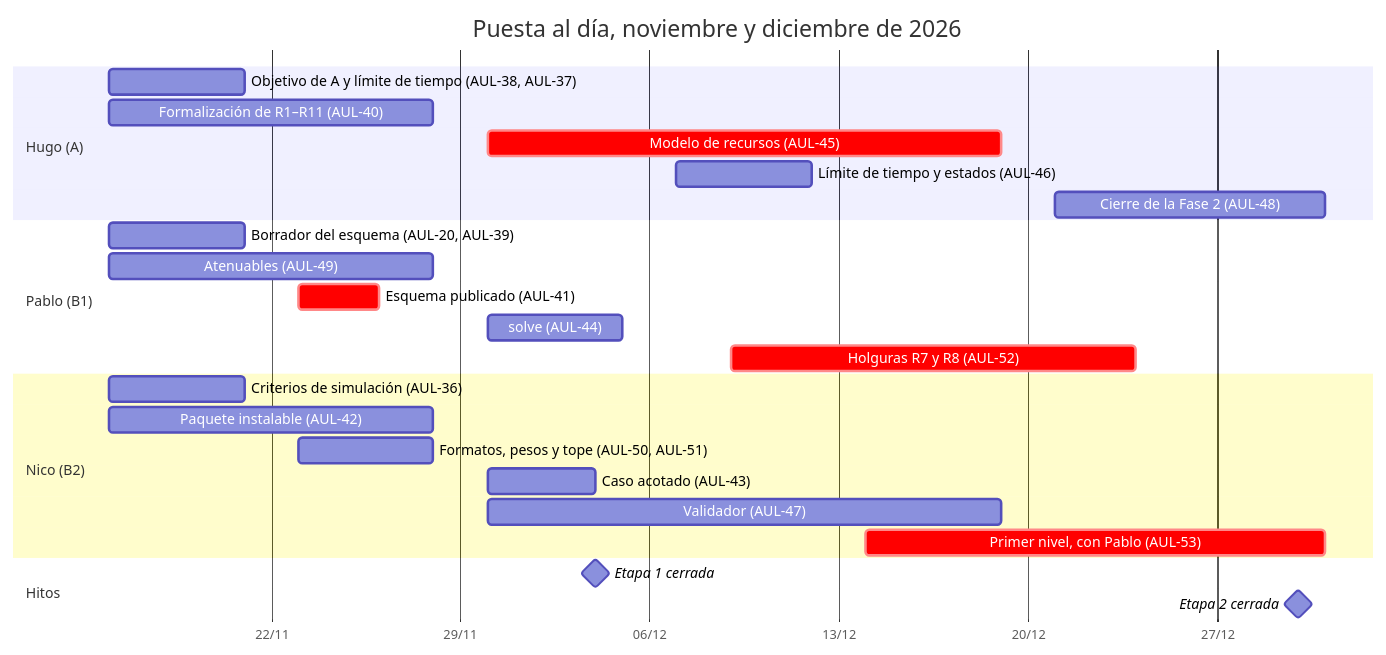
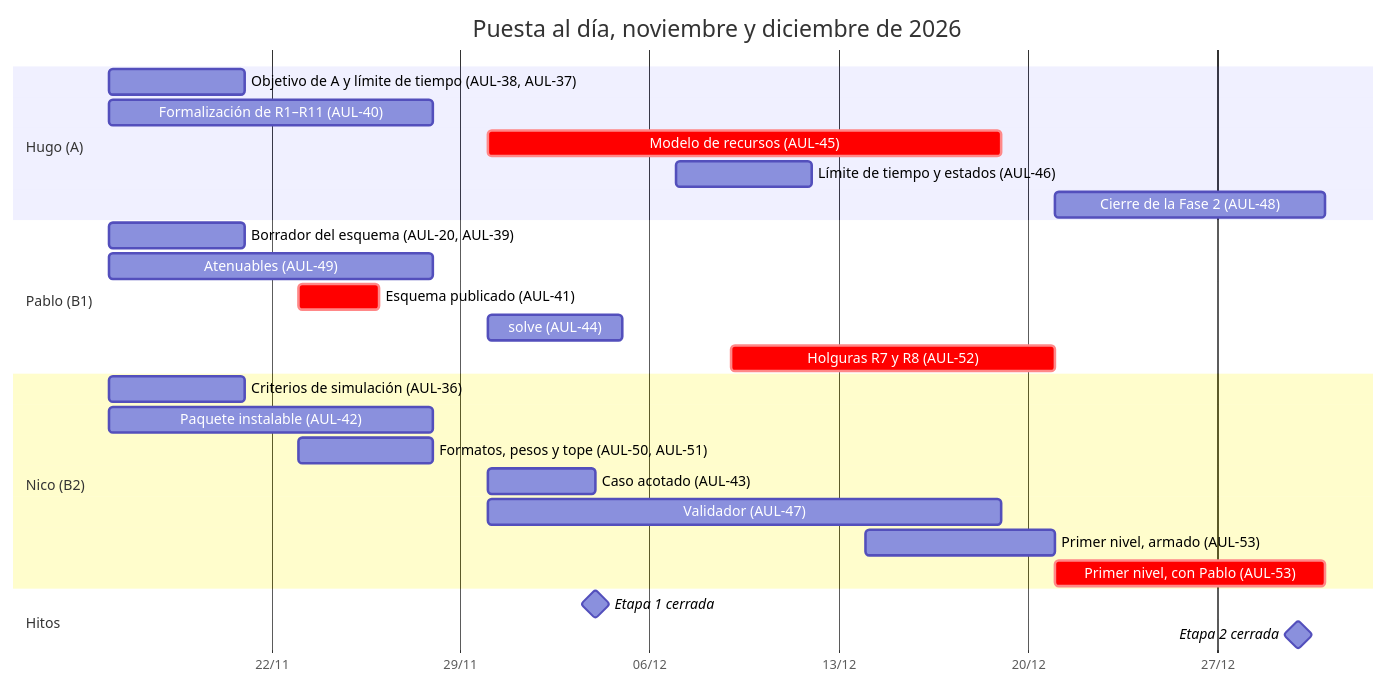
One commit to PabloESanabriaQ/proyecto-final changed the diagram in docs/plan-de-puesta-al-dia.md. Above: the diagram before and after it, drawn with Mermaid. The commit also changed other lines of this file, not shown here.

Commit message:
AUL-54: AUL-53 se parte en armado e integración para respetar que AUL-52 la bloquea (atiende la revisión del PR #7)

````diff
--- a/docs/plan-de-puesta-al-dia.md
+++ b/docs/plan-de-puesta-al-dia.md
@@ -30,28 +30,29 @@
 ```mermaid
 gantt
     title Puesta al día, noviembre y diciembre de 2026
     dateFormat YYYY-MM-DD
     axisFormat %d/%m
     section Hugo (A)
     Objetivo de A y límite de tiempo (AUL-38, AUL-37)  :2026-11-16, 5d
     Formalización de R1–R11 (AUL-40)                   :2026-11-16, 12d
     Modelo de recursos (AUL-45)                        :crit, 2026-11-30, 19d
     Límite de tiempo y estados (AUL-46)                :2026-12-07, 5d
     Cierre de la Fase 2 (AUL-48)                       :2026-12-21, 10d
     section Pablo (B1)
     Borrador del esquema (AUL-20, AUL-39)              :2026-11-16, 5d
     Atenuables (AUL-49)                                :2026-11-16, 12d
     Esquema publicado (AUL-41)                         :crit, 2026-11-23, 3d
     solve (AUL-44)                                     :2026-11-30, 5d
-    Holguras R7 y R8 (AUL-52)                          :crit, 2026-12-09, 15d
+    Holguras R7 y R8 (AUL-52)                          :crit, 2026-12-09, 12d
     section Nico (B2)
     Criterios de simulación (AUL-36)                   :2026-11-16, 5d
     Paquete instalable (AUL-42)                        :2026-11-16, 12d
     Formatos, pesos y tope (AUL-50, AUL-51)            :2026-11-23, 5d
     Caso acotado (AUL-43)                              :2026-11-30, 4d
     Validador (AUL-47)                                 :2026-11-30, 19d
-    Primer nivel, con Pablo (AUL-53)                   :crit, 2026-12-14, 17d
+    Primer nivel, armado (AUL-53)                      :2026-12-14, 7d
+    Primer nivel, con Pablo (AUL-53)                   :crit, 2026-12-21, 10d
     section Hitos
     Etapa 1 cerrada                                    :milestone, 2026-12-04, 0d
     Etapa 2 cerrada                                    :milestone, 2026-12-30, 0d
 ```
````
